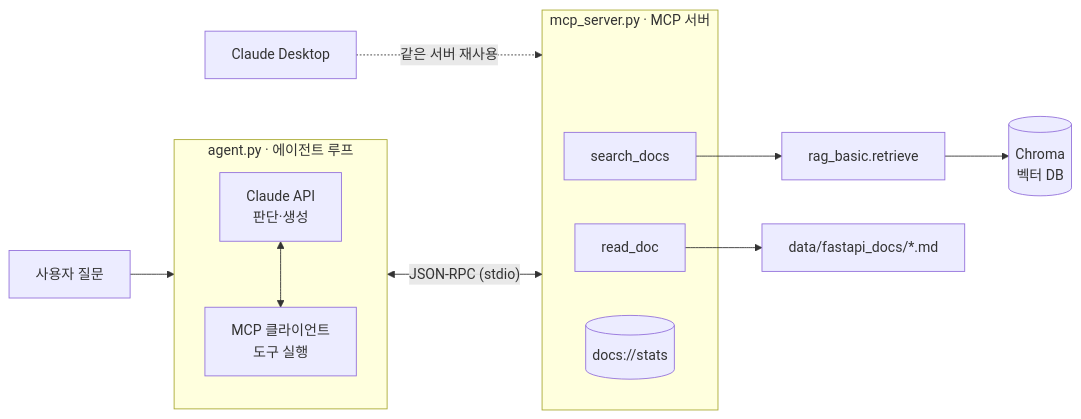
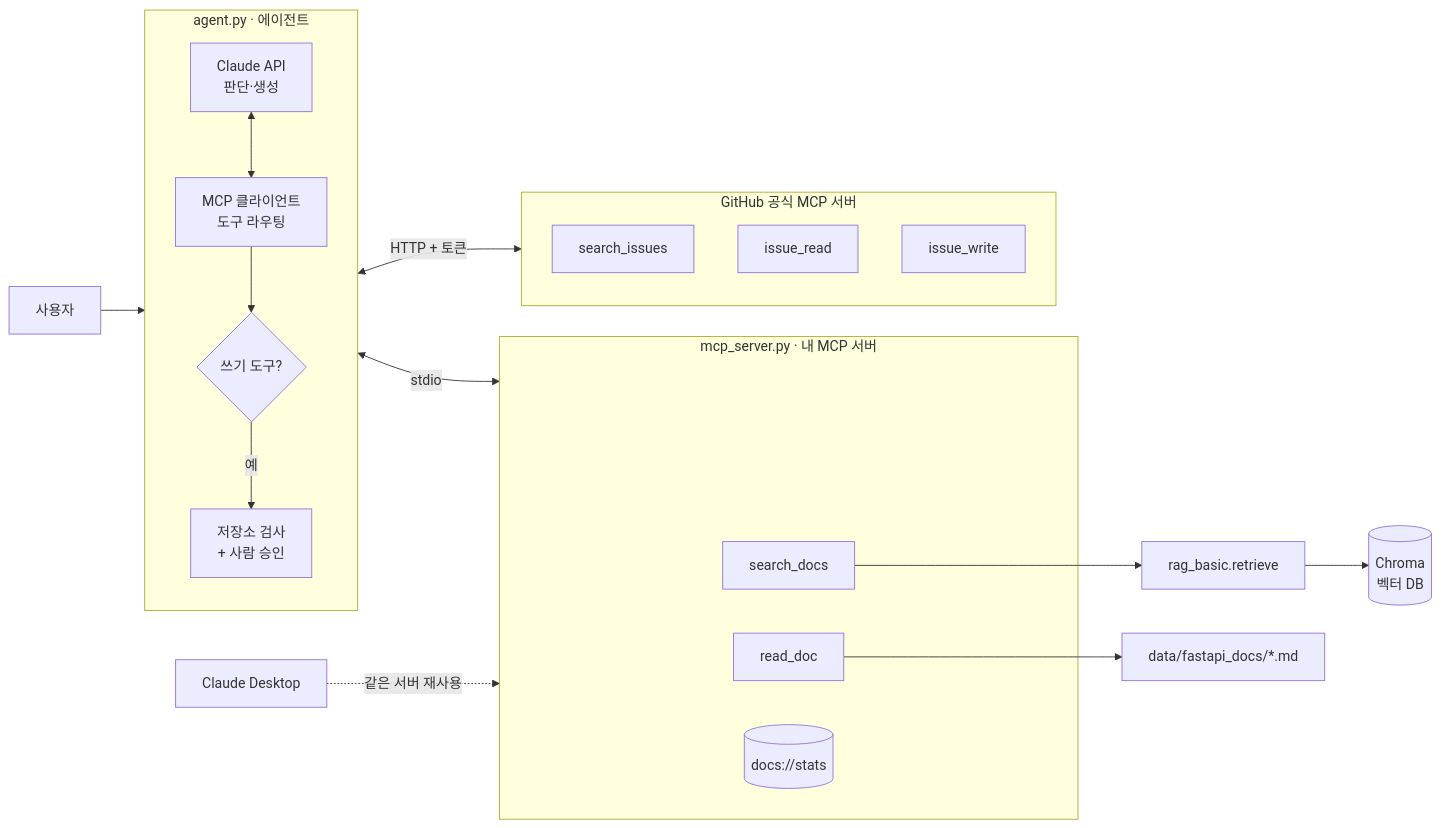
The diagram in README.md (EpenSia/devdocs-rag-agent), drawn with Mermaid before and after one commit. The commit also changed other lines of this file and 1 other file, not shown here.

Commit message:
feat: 4단계 외부 GitHub MCP 연동 및 사람 승인 구축

````diff
--- a/README.md
+++ b/README.md
@@ -16,23 +32,31 @@
 ```mermaid
 flowchart LR
-    U[사용자 질문] --> A
+    U[사용자] --> A
 
-    subgraph A[agent.py · 에이전트 루프]
+    subgraph A[agent.py · 에이전트]
         direction TB
-        L[Claude API<br/>판단·생성] <--> C[MCP 클라이언트<br/>도구 실행]
+        L[Claude API<br/>판단·생성] <--> C[MCP 클라이언트<br/>도구 라우팅]
+        C --> G{쓰기 도구?}
+        G -- 예 --> H[저장소 검사<br/>+ 사람 승인]
     end
 
-    C <-- "JSON-RPC (stdio)" --> S
+    C <-- "stdio" --> S
+    C <-- "HTTP + 토큰" --> GH
 
-    subgraph S[mcp_server.py · MCP 서버]
+    subgraph S[mcp_server.py · 내 MCP 서버]
         T1[search_docs]
         T2[read_doc]
         R1[(docs://stats)]
     end
 
-    T1 --> RB[rag_basic.retrieve]
-    RB --> DB[(Chroma<br/>벡터 DB)]
+    subgraph GH[GitHub 공식 MCP 서버]
+        G1[search_issues]
+        G2[issue_read]
+        G3[issue_write]
+    end
+
+    T1 --> RB[rag_basic.retrieve] --> DB[(Chroma<br/>벡터 DB)]
     T2 --> F[data/fastapi_docs/*.md]
 
     CD[Claude Desktop] -. 같은 서버 재사용 .-> S
 ```
````
